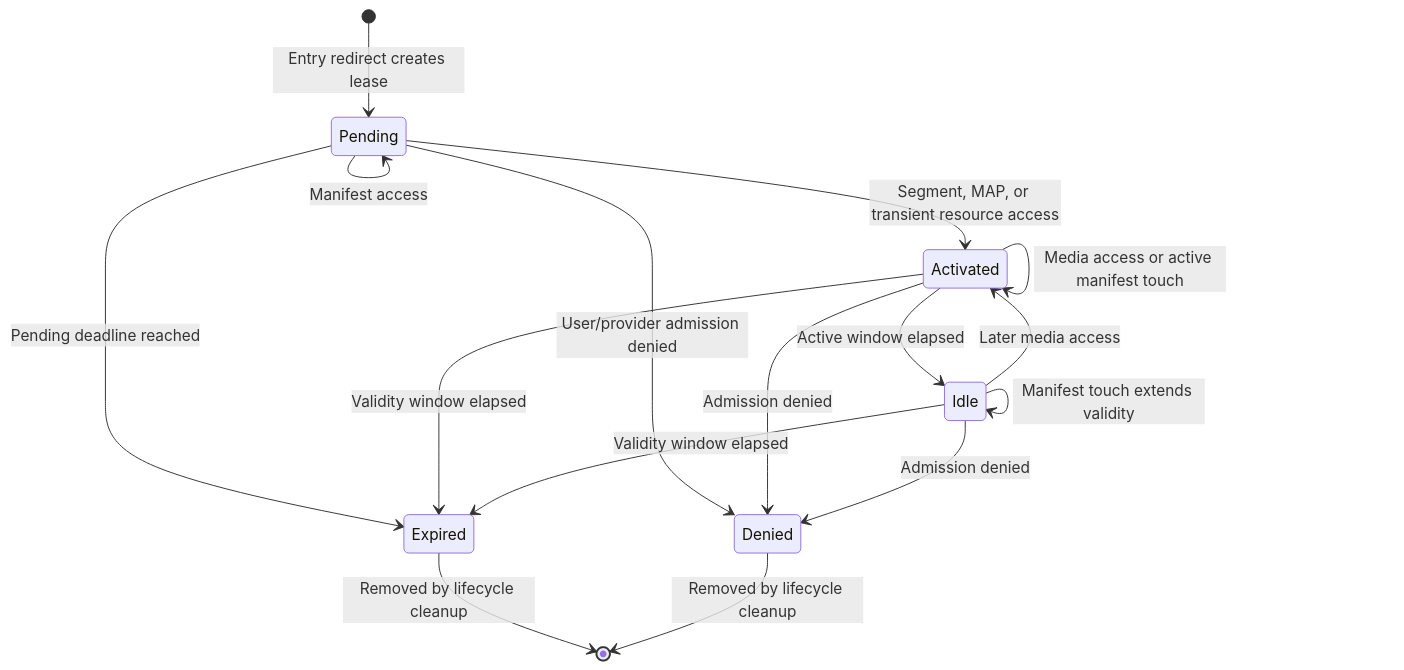
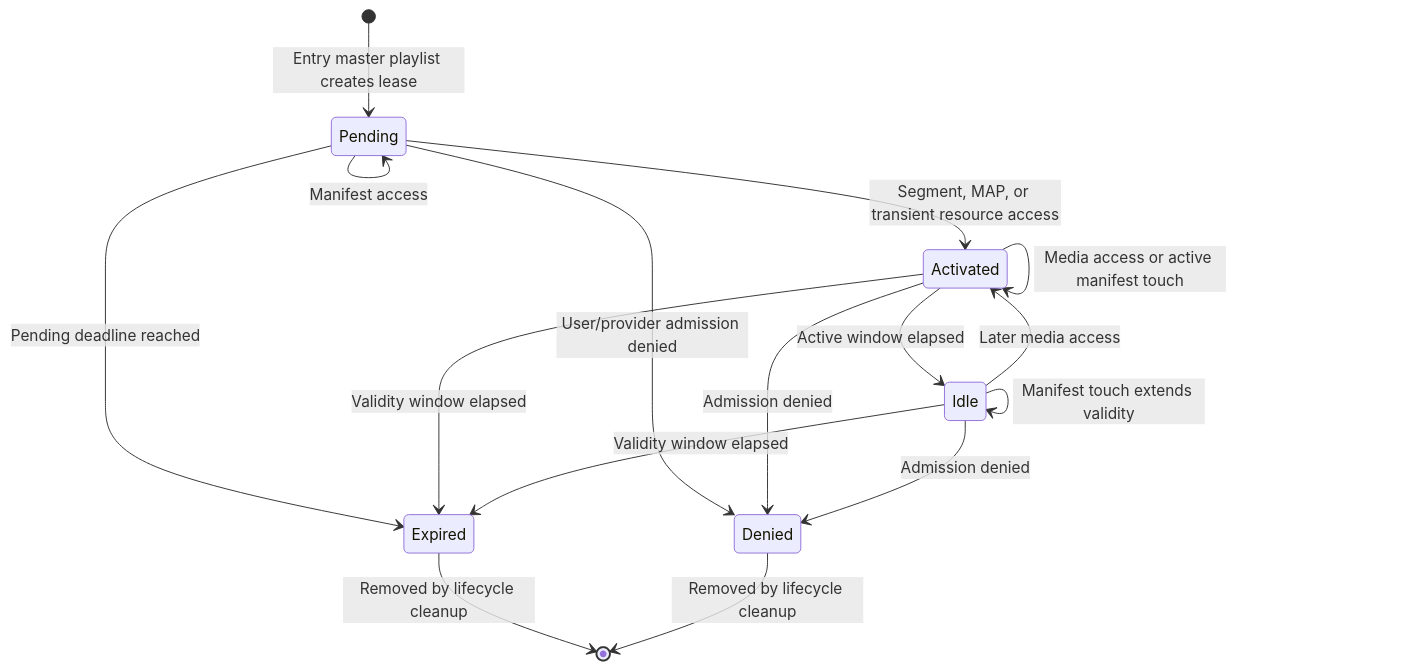
Before and after one commit to euzu/tuliprox: the second of 3 diagrams in docs/src/configuration/shared-hls-runtime-flow.md, drawn with Mermaid. The commit also changed other lines of this file and 93 other files, not shown here.

````diff
--- a/docs/src/configuration/shared-hls-runtime-flow.md
+++ b/docs/src/configuration/shared-hls-runtime-flow.md
@@ -108,21 +111,21 @@
 ```mermaid
 stateDiagram-v2
-    [*] --> Pending: Entry redirect creates lease
+    [*] --> Pending: Entry master playlist creates lease
     Pending --> Pending: Manifest access
     Pending --> Activated: Segment, MAP, or transient resource access
     Pending --> Denied: User/provider admission denied
     Pending --> Expired: Pending deadline reached
 
     Activated --> Activated: Media access or active manifest touch
     Activated --> Idle: Active window elapsed
     Activated --> Expired: Validity window elapsed
     Activated --> Denied: Admission denied
 
     Idle --> Idle: Manifest touch extends validity
     Idle --> Activated: Later media access
     Idle --> Expired: Validity window elapsed
     Idle --> Denied: Admission denied
 
     Expired --> [*]: Removed by lifecycle cleanup
     Denied --> [*]: Removed by lifecycle cleanup
 ```
````
